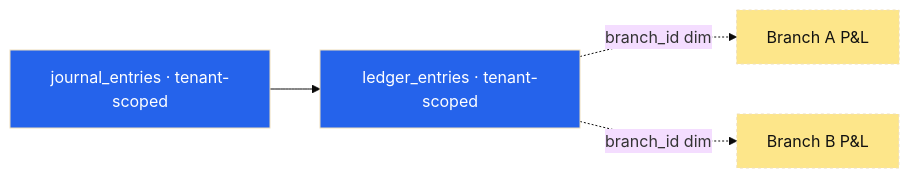
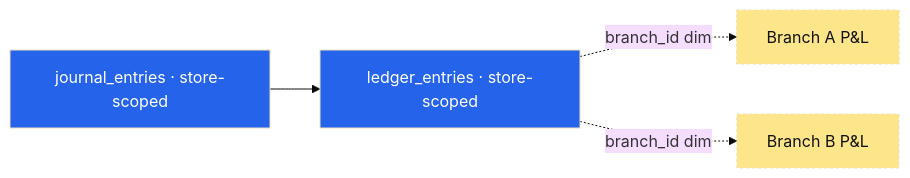
The third of 14 diagrams in doc/system-design/erp_master_system_design.md (gowtamkumar/eCommerce-multi-store-saas-erp), drawn with Mermaid (base theme) before and after one commit. The commit also changed other lines of this file and 764 other files, not shown here.

````diff
--- a/doc/system-design/erp_master_system_design.md
+++ b/doc/system-design/erp_master_system_design.md
@@ -523,8 +523,8 @@
 ```mermaid
 flowchart LR
-  J[journal_entries · tenant-scoped]:::tenant --> JL[ledger_entries · tenant-scoped]:::tenant
+  J[journal_entries · store-scoped]:::store --> JL[ledger_entries · store-scoped]:::store
   JL -.->|branch_id dim| BRA[Branch A P&L]:::dim
   JL -.->|branch_id dim| BRB[Branch B P&L]:::dim
-  classDef tenant fill:#2563eb,color:#fff
+  classDef store fill:#2563eb,color:#fff
   classDef dim fill:#fde68a,color:#111,stroke-dasharray: 3 3
 ```
````
